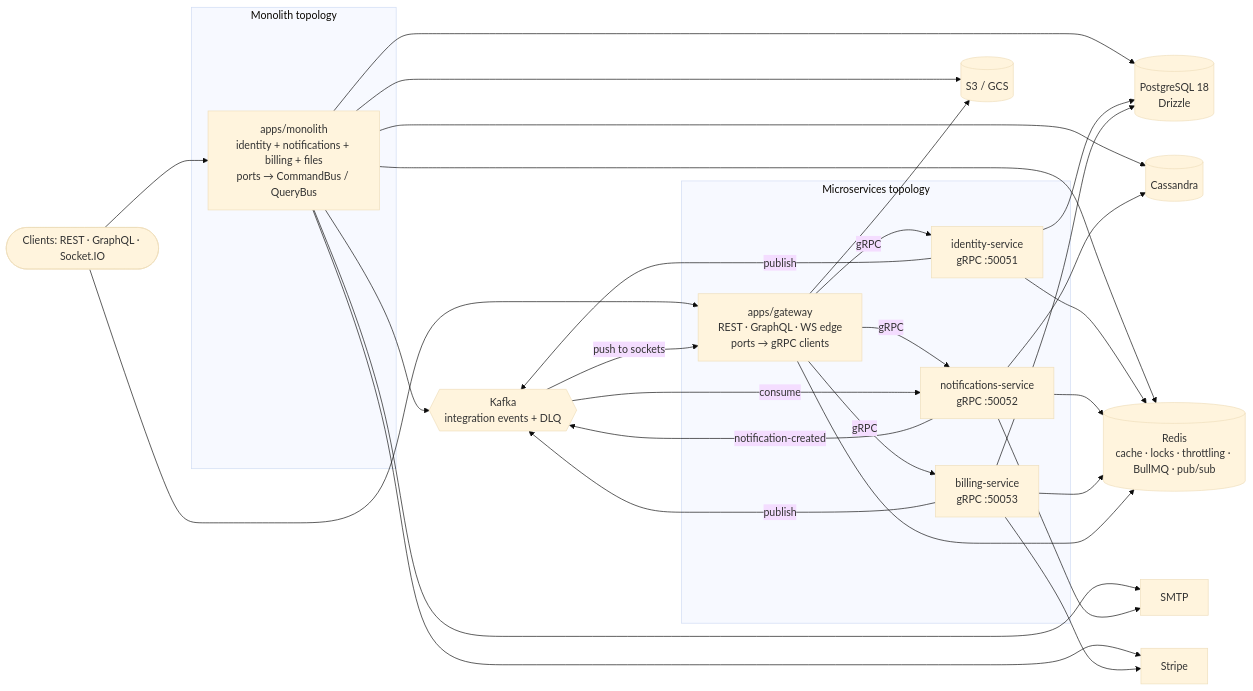
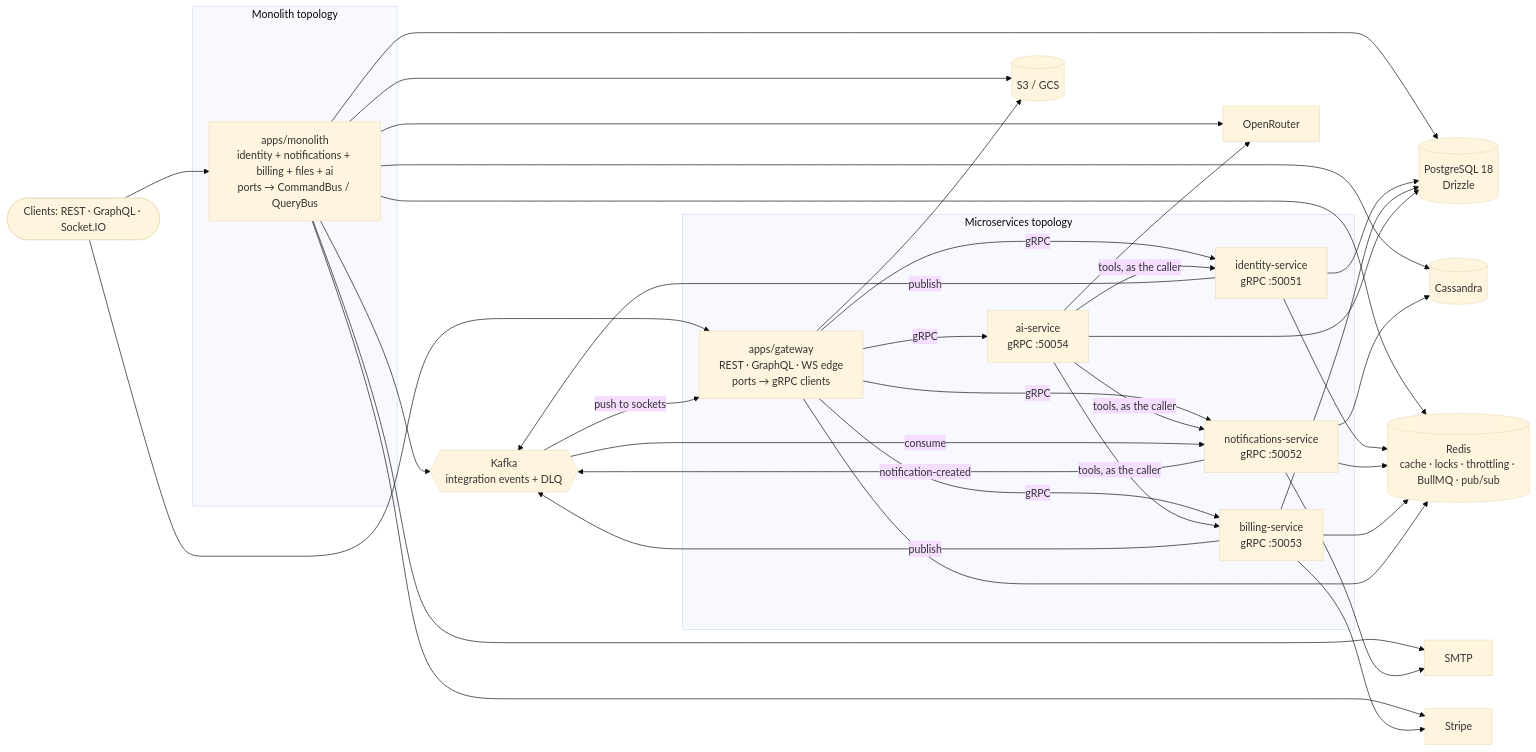
The first of 2 diagrams in README.md (alonecandies/nestjs-boilerplate), drawn with Mermaid (base theme) before and after one commit. The commit also changed other lines of this file and 13 other files, not shown here.

````diff
--- a/README.md
+++ b/README.md
@@ -261,42 +263,47 @@
 ```mermaid
 flowchart LR
   client([Clients: REST · GraphQL · Socket.IO])
 
   subgraph mono[Monolith topology]
-    monolith[apps/monolith<br/>identity + notifications + billing + files<br/>ports → CommandBus / QueryBus]
+    monolith[apps/monolith<br/>identity + notifications + billing + files + ai<br/>ports → CommandBus / QueryBus]
   end
 
   subgraph micro[Microservices topology]
     gateway[apps/gateway<br/>REST · GraphQL · WS edge<br/>ports → gRPC clients]
     identity[identity-service<br/>gRPC :50051]
     notifications[notifications-service<br/>gRPC :50052]
     billing[billing-service<br/>gRPC :50053]
+    ai[ai-service<br/>gRPC :50054]
     gateway -- gRPC --> identity
     gateway -- gRPC --> notifications
     gateway -- gRPC --> billing
+    gateway -- gRPC --> ai
+    ai -- tools, as the caller --> identity & notifications & billing
   end
 
   client --> monolith
   client --> gateway
 
   pg[(PostgreSQL 18<br/>Drizzle)]
   cass[(Cassandra)]
   redis[(Redis<br/>cache · locks · throttling · BullMQ · pub/sub)]
   kafka{{Kafka<br/>integration events + DLQ}}
   s3[(S3 / GCS)]
   stripe[Stripe]
   smtp[SMTP]
+  openrouter[OpenRouter]
 
-  monolith --> pg & cass & redis & kafka & s3 & stripe & smtp
+  monolith --> pg & cass & redis & kafka & s3 & stripe & smtp & openrouter
   identity & notifications & billing --> redis
   identity --> pg
   billing --> pg
+  ai --> pg & openrouter
   billing --> stripe
   notifications --> cass
   notifications --> smtp
   identity & billing -- publish --> kafka
   kafka -- consume --> notifications
   notifications -- notification-created --> kafka
   kafka -- push to sockets --> gateway
   gateway --> redis & s3
 ```
````
